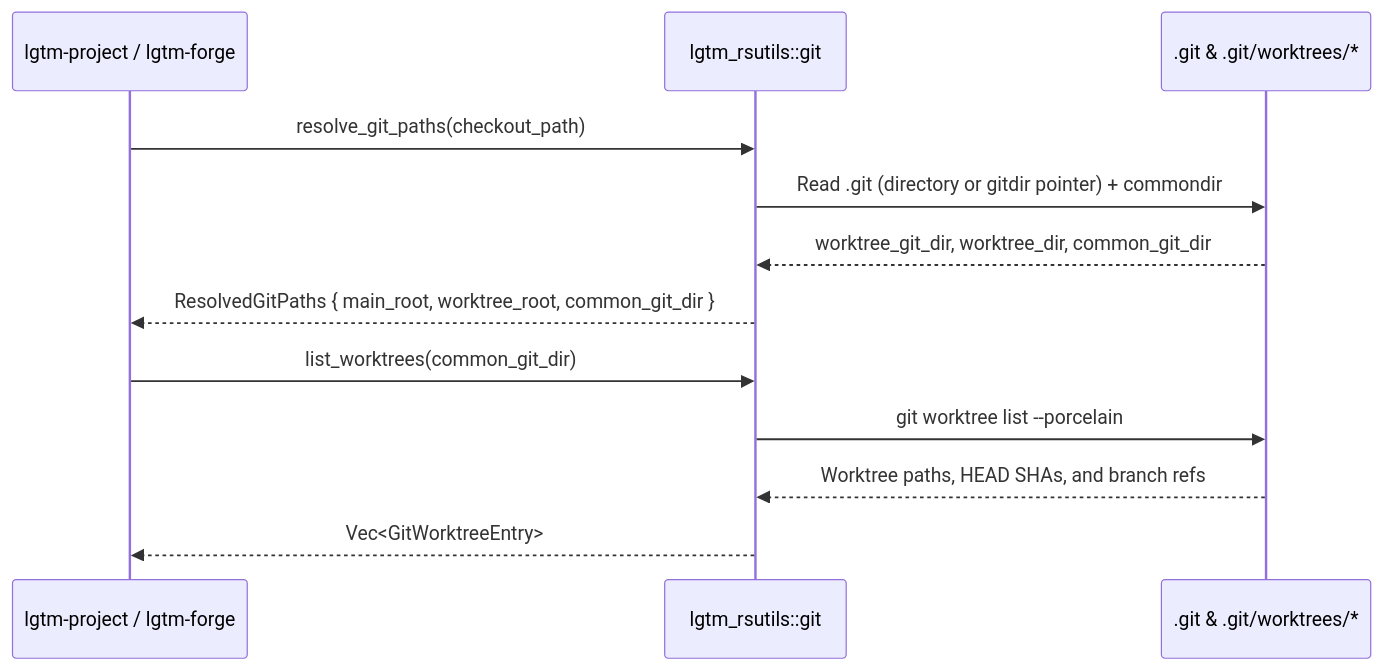
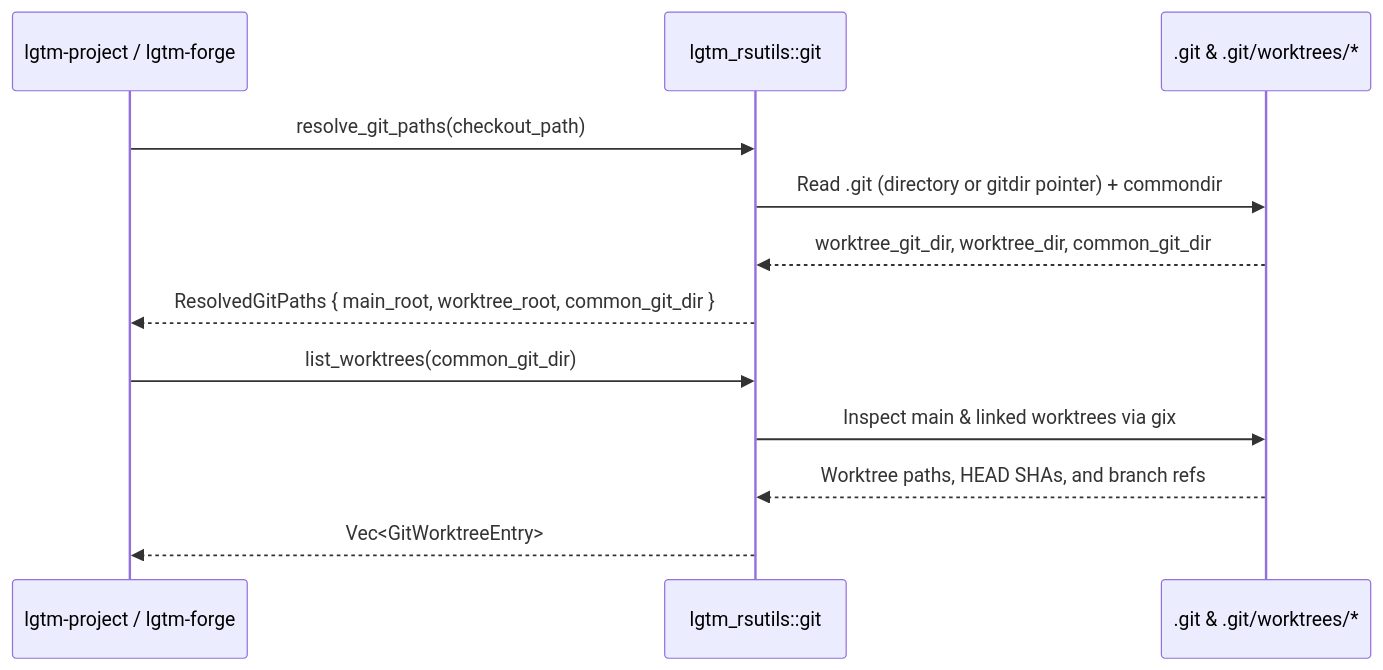
Before and after one commit to difflab-io/lgtm: the second of 2 diagrams in docs/architecture/rsutils/index.md, drawn with Mermaid. The commit also changed other lines of this file and 17 other files, not shown here.

````diff
--- a/docs/architecture/rsutils/index.md
+++ b/docs/architecture/rsutils/index.md
@@ -48,15 +48,15 @@
 ```mermaid
 sequenceDiagram
     participant Caller as lgtm-project / lgtm-forge
     participant Git as lgtm_rsutils::git
     participant Disk as .git & .git/worktrees/*
 
     Caller->>Git: resolve_git_paths(checkout_path)
     Git->>Disk: Read .git (directory or gitdir pointer) + commondir
     Disk-->>Git: worktree_git_dir, worktree_dir, common_git_dir
     Git-->>Caller: ResolvedGitPaths { main_root, worktree_root, common_git_dir }
     Caller->>Git: list_worktrees(common_git_dir)
-    Git->>Disk: git worktree list --porcelain
+    Git->>Disk: Inspect main & linked worktrees via gix
     Disk-->>Git: Worktree paths, HEAD SHAs, and branch refs
     Git-->>Caller: Vec<GitWorktreeEntry>
 ```
````
